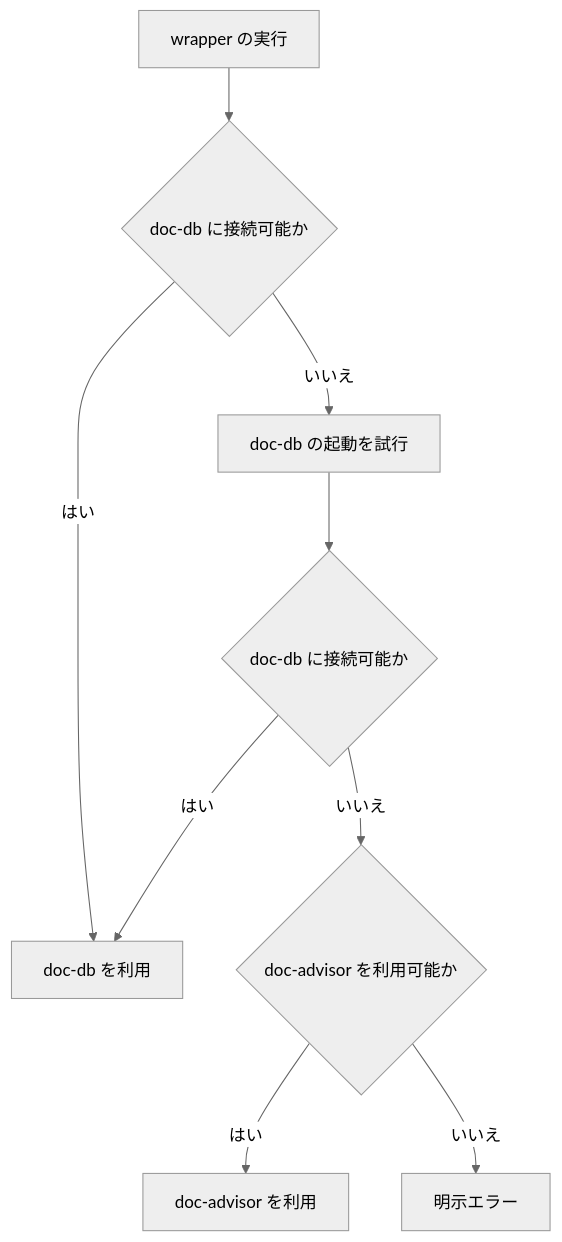
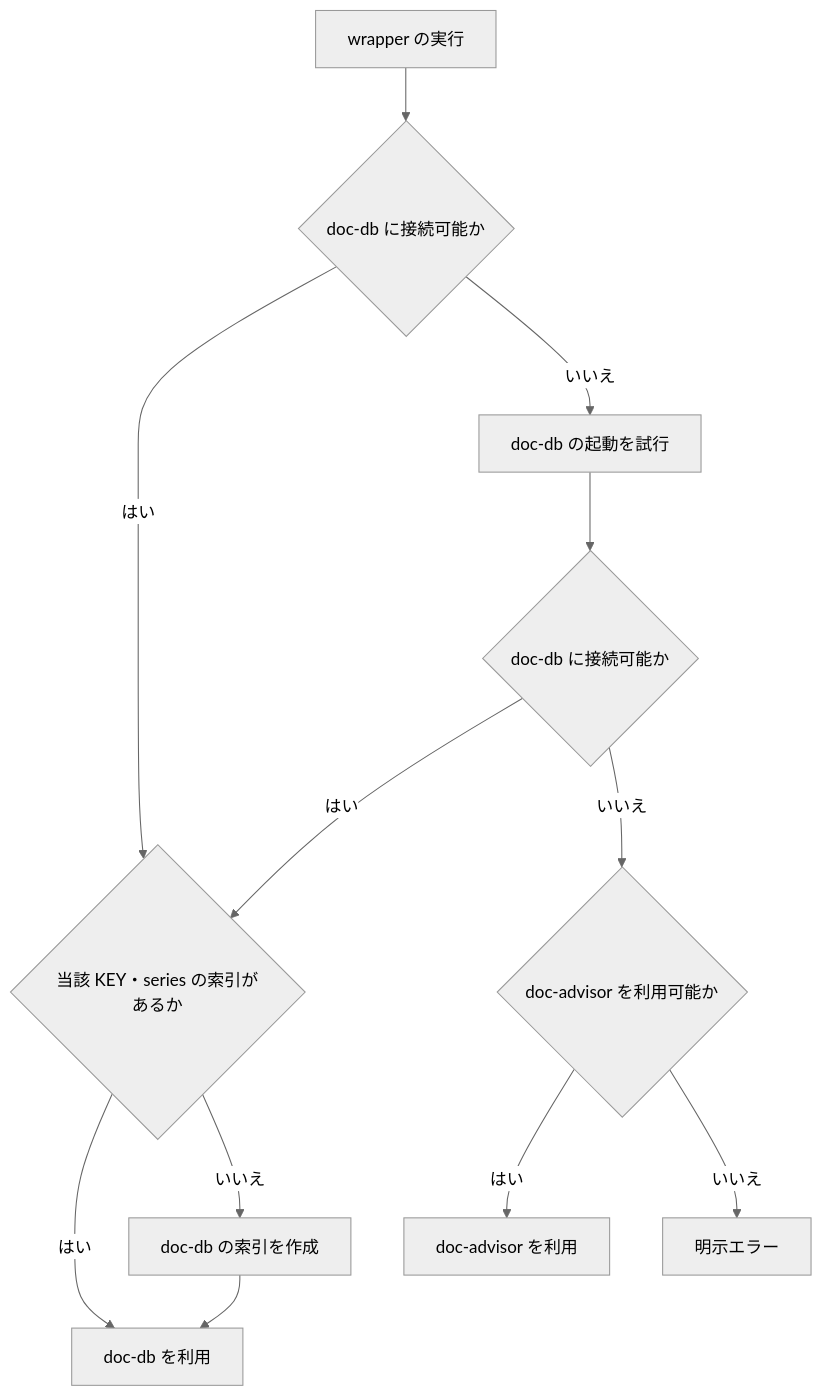
Before and after one commit to BlueEventHorizon/bw-cc-plugins: the diagram in docs/specs/doc-db/requirements/REQ-014_doc_db_backend_selection_spec.md, drawn with Mermaid (neutral theme). The commit also changed other lines of this file and 1 other file, not shown here.

````diff
--- a/docs/specs/doc-db/requirements/REQ-014_doc_db_backend_selection_spec.md
+++ b/docs/specs/doc-db/requirements/REQ-014_doc_db_backend_selection_spec.md
@@ -53,11 +58,14 @@
 ```mermaid
 flowchart TD
     A[wrapper の実行] --> B{doc-db に接続可能か}
-    B -->|はい| C[doc-db を利用]
+    B -->|はい| I{当該 KEY・series の索引があるか}
     B -->|いいえ| D[doc-db の起動を試行]
     D --> E{doc-db に接続可能か}
-    E -->|はい| C
+    E -->|はい| I
     E -->|いいえ| F{doc-advisor を利用可能か}
+    I -->|はい| C[doc-db を利用]
+    I -->|いいえ| J[doc-db の索引を作成]
+    J --> C
     F -->|はい| G[doc-advisor を利用]
     F -->|いいえ| H[明示エラー]
 ```
````
